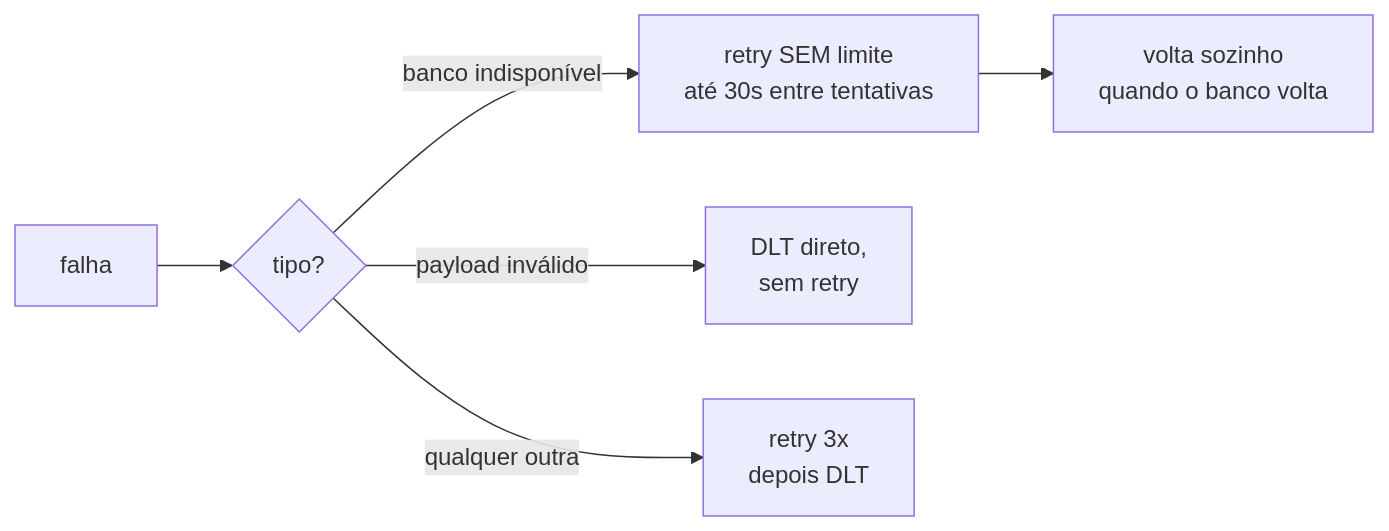
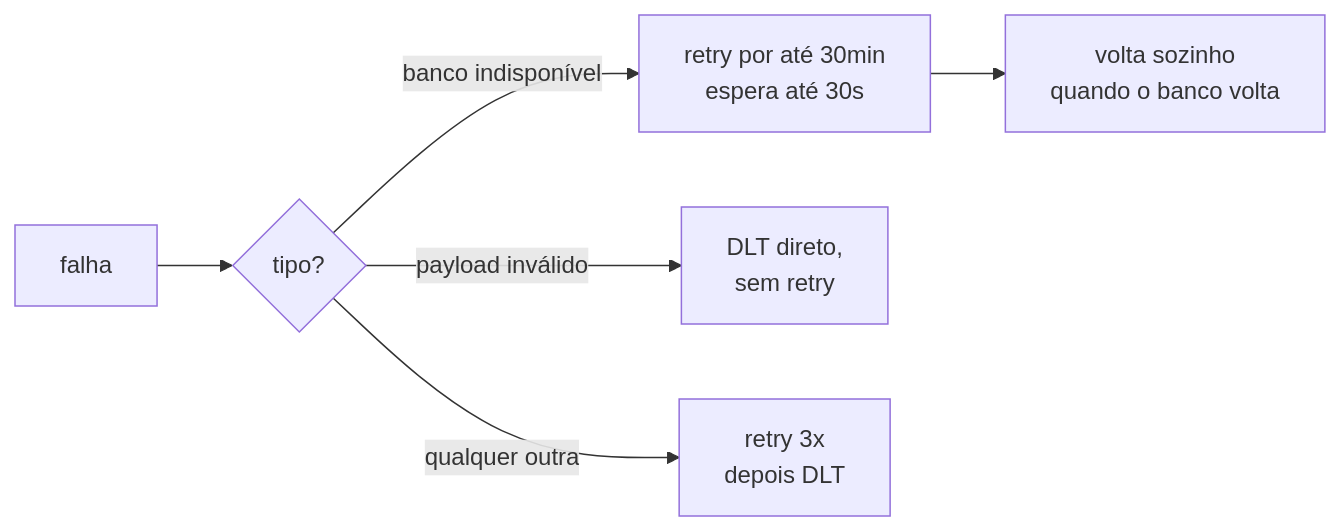
Before and after one commit to gamaximo/itau-desafio-consulta-saldo: the third of 3 diagrams in README.md, drawn with Mermaid. The commit also changed other lines of this file and 4 other files, not shown here.

````diff
--- a/README.md
+++ b/README.md
@@ -136,8 +136,8 @@
 ```mermaid
 flowchart LR
     F[falha] --> T{tipo?}
-    T -->|banco indisponível| I[retry SEM limite<br/>até 30s entre tentativas]
+    T -->|banco indisponível| I[retry por até 30min<br/>espera até 30s]
     I --> V[volta sozinho<br/>quando o banco volta]
     T -->|payload inválido| D[DLT direto,<br/>sem retry]
     T -->|qualquer outra| B[retry 3x<br/>depois DLT]
 ```
````
